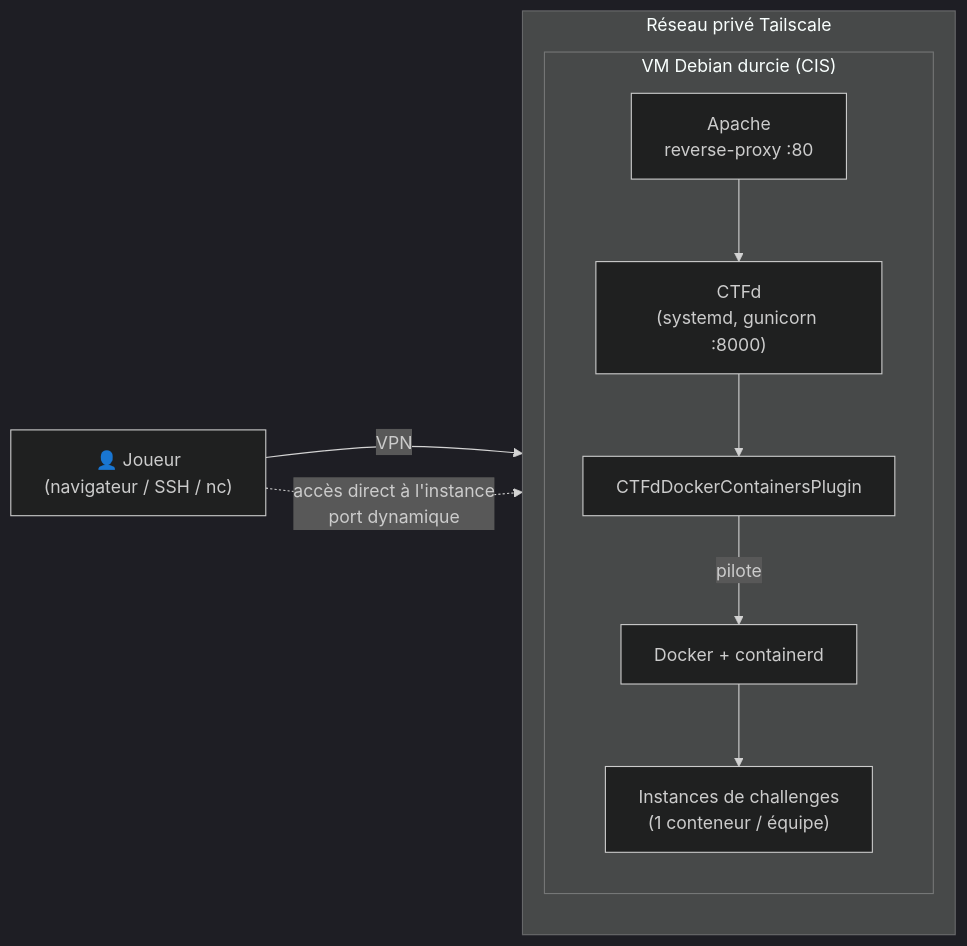
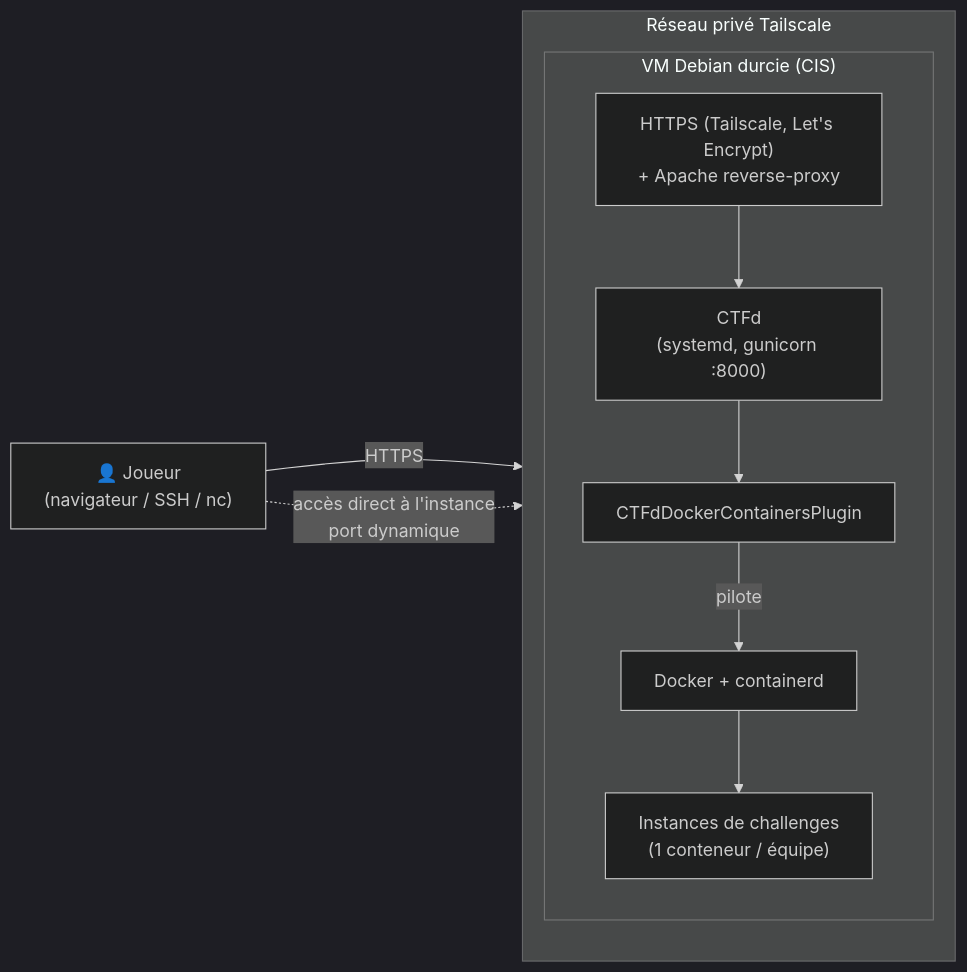
Before and after one commit to Jacob-dot-bit/RootMeUp: the diagram in README.md, drawn with Mermaid (dark theme). The commit also changed other lines of this file and 2 other files, not shown here.

Commit message:
docs: CTFd accessible en HTTPS via Tailscale (URL + schéma)

````diff
--- a/README.md
+++ b/README.md
@@ -48,19 +48,19 @@
 ```mermaid
 flowchart LR
     joueur["👤 Joueur<br/>(navigateur / SSH / nc)"]
 
     subgraph tailnet["Réseau privé Tailscale"]
         direction TB
         subgraph vm["VM Debian durcie (CIS)"]
-            apache["Apache<br/>reverse-proxy :80"]
+            apache["HTTPS (Tailscale, Let's Encrypt)<br/>+ Apache reverse-proxy"]
             ctfd["CTFd<br/>(systemd, gunicorn :8000)"]
             plugin["CTFdDockerContainersPlugin"]
             docker["Docker + containerd"]
             inst["Instances de challenges<br/>(1 conteneur / équipe)"]
         end
     end
 
-    joueur -->|VPN| apache --> ctfd --> plugin
+    joueur -->|HTTPS| apache --> ctfd --> plugin
     plugin -->|pilote| docker --> inst
     joueur -.->|accès direct à l'instance<br/>port dynamique| inst
 ```
````
